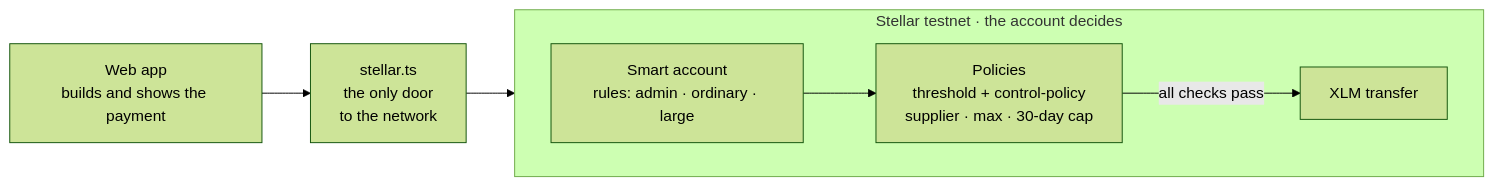
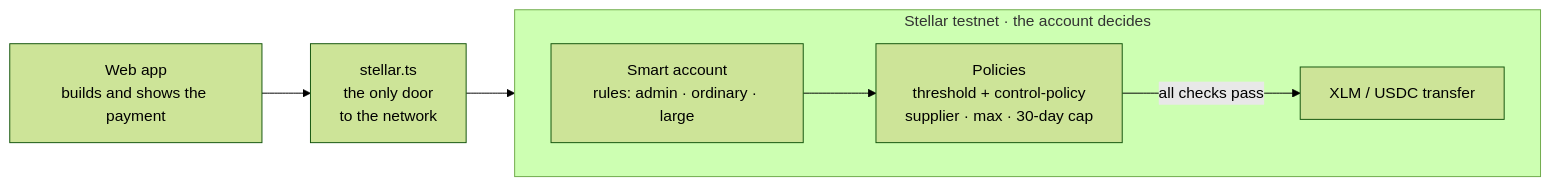
Before and after one commit to Dabuca/arqueo: the second of 2 diagrams in docs/architecture.md, drawn with Mermaid (forest theme). The commit also changed other lines of this file and 43 other files, not shown here.

````diff
--- a/docs/architecture.md
+++ b/docs/architecture.md
@@ -78,10 +78,10 @@
 ```mermaid
 flowchart LR
     App["Web app<br/>builds and shows the payment"] --> Stellar["stellar.ts<br/>the only door<br/>to the network"]
     Stellar --> Account
     subgraph Chain["Stellar testnet · the account decides"]
         direction LR
         Account["Smart account<br/>rules: admin · ordinary · large"] --> Pol["Policies<br/>threshold + control-policy<br/>supplier · max · 30-day cap"]
-        Pol -->|"all checks pass"| SAC["XLM transfer"]
+    Pol -->|"all checks pass"| SAC["XLM / USDC transfer"]
     end
 ```
````
